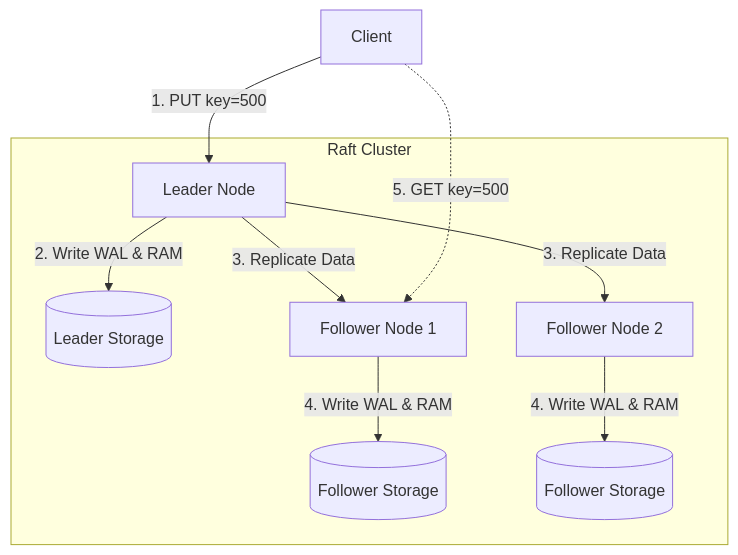
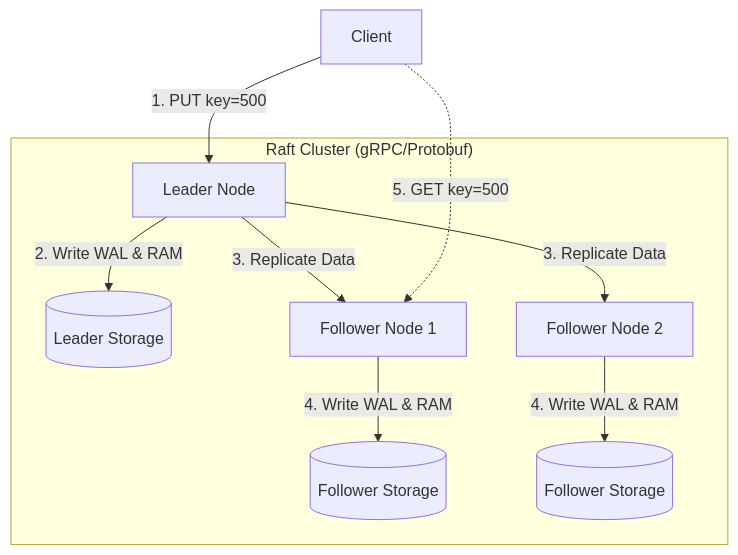
The diagram in README.md (MChandrahas/Distributed-KV-Store), drawn with Mermaid before and after one commit. The commit also changed other lines of this file and 2 other files, not shown here.

`````diff
--- a/README.md
+++ b/README.md
@@ -22,15 +22,15 @@
 ```mermaid
 graph TD
     Client[Client] -->|1. PUT key=500| Leader[Leader Node]
 
-    subgraph "Raft Cluster"
+    subgraph "Raft Cluster (gRPC/Protobuf)"
         Leader -->|2. Write WAL & RAM| LeaderStore[(Leader Storage)]
         Leader -->|3. Replicate Data| Follower1[Follower Node 1]
         Leader -->|3. Replicate Data| Follower2[Follower Node 2]
 
         Follower1 -->|4. Write WAL & RAM| F1Store[(Follower Storage)]
         Follower2 -->|4. Write WAL & RAM| F2Store[(Follower Storage)]
     end
 
     Client -.->|5. GET key=500| Follower1
 ````
`````
